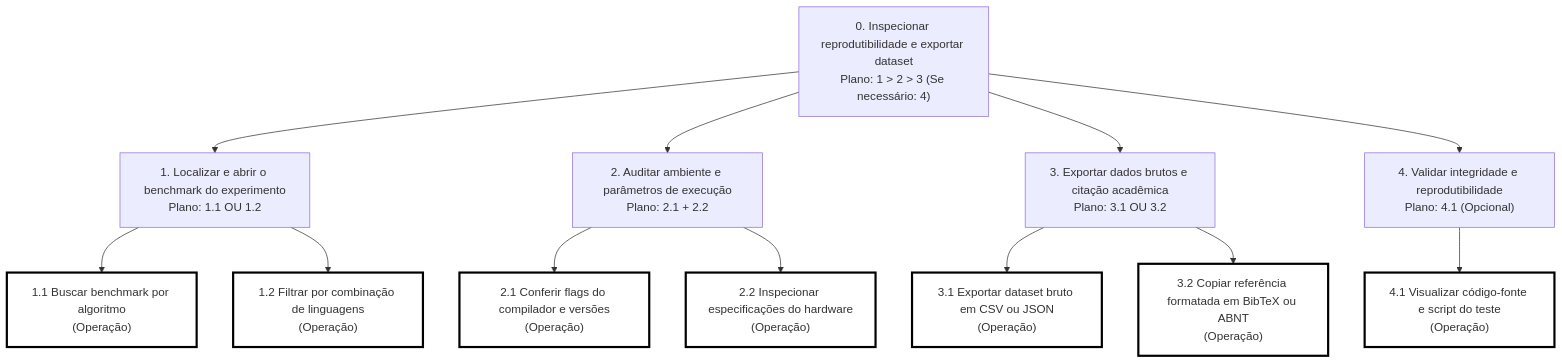
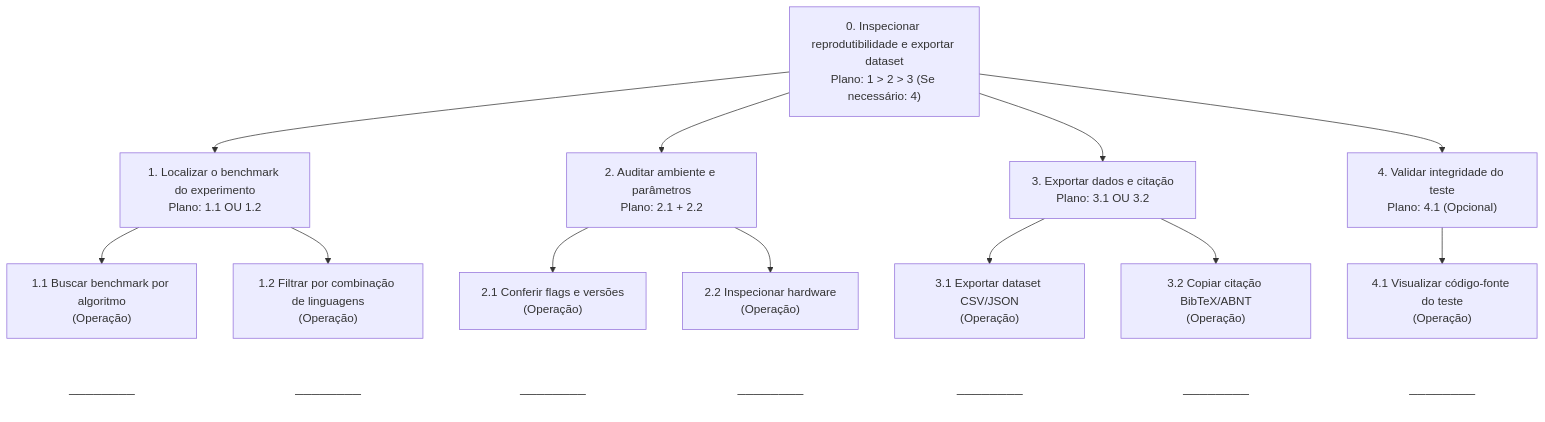
The third of 4 diagrams in docs/05_analise_tarefas.md (augustotx/ihc2026), drawn with Mermaid before and after one commit.

````diff
--- a/docs/05_analise_tarefas.md
+++ b/docs/05_analise_tarefas.md
@@ -272,28 +272,53 @@
 ```mermaid
 graph TD
     N0["0. Inspecionar reprodutibilidade e exportar dataset<br />Plano: 1 > 2 > 3 (Se necessário: 4)"]
-    N1["1. Localizar e abrir o benchmark do experimento<br />Plano: 1.1 OU 1.2"]
-    N2["2. Auditar ambiente e parâmetros de execução<br />Plano: 2.1 + 2.2"]
-    N3["3. Exportar dados brutos e citação acadêmica<br />Plano: 3.1 OU 3.2"]
-    N4["4. Validar integridade e reprodutibilidade<br />Plano: 4.1 (Opcional)"]
-    N1_1["1.1 Buscar benchmark por algoritmo<br />(Operação)"]
-    N1_2["1.2 Filtrar por combinação de linguagens<br />(Operação)"]
-    N2_1["2.1 Conferir flags do compilador e versões<br />(Operação)"]
-    N2_2["2.2 Inspecionar especificações do hardware<br />(Operação)"]
-    N3_1["3.1 Exportar dataset bruto em CSV ou JSON<br />(Operação)"]
-    N3_2["3.2 Copiar referência formatada em BibTeX ou ABNT<br />(Operação)"]
-    N4_1["4.1 Visualizar código-fonte e script do teste<br />(Operação)"]
+    N1["1. Localizar o benchmark do experimento<br />Plano: 1.1 OU 1.2"]
+    N2["2. Auditar ambiente e parâmetros<br />Plano: 2.1 + 2.2"]
+    N3["3. Exportar dados e citação<br />Plano: 3.1 OU 3.2"]
+    N4["4. Validar integridade do teste<br />Plano: 4.1 (Opcional)"]
+
+    N1_1["<div>1.1 Buscar benchmark por algoritmo<br />(Operação)</div>"]
+    N1_2["<div>1.2 Filtrar por combinação de linguagens<br />(Operação)</div>"]
+    N2_1["<div>2.1 Conferir flags e versões<br />(Operação)</div>"]
+    N2_2["<div>2.2 Inspecionar hardware<br />(Operação)</div>"]
+    N3_1["<div>3.1 Exportar dataset CSV/JSON<br />(Operação)</div>"]
+    N3_2["<div>3.2 Copiar citação BibTeX/ABNT<br />(Operação)</div>"]
+    N4_1["<div>4.1 Visualizar código-fonte do teste<br />(Operação)</div>"]
+
+    N1_1_L["────────"]
+    N1_2_L["────────"]
+    N2_1_L["────────"]
+    N2_2_L["────────"]
+    N3_1_L["────────"]
+    N3_2_L["────────"]
+    N4_1_L["────────"]
+
     N0 --> N1
     N0 --> N2
     N0 --> N3
     N0 --> N4
+
     N1 --> N1_1
     N1 --> N1_2
     N2 --> N2_1
     N2 --> N2_2
     N3 --> N3_1
     N3 --> N3_2
     N4 --> N4_1
-    classDef operacao fill:#ffffff,stroke:#000000,stroke-width:3px;
-    class N1_1,N1_2,N2_1,N2_2,N3_1,N3_2,N4_1 operacao;
+
+    N1_1 ~~~ N1_1_L
+    N1_2 ~~~ N1_2_L
+    N2_1 ~~~ N2_1_L
+    N2_2 ~~~ N2_2_L
+    N3_1 ~~~ N3_1_L
+    N3_2 ~~~ N3_2_L
+    N4_1 ~~~ N4_1_L
+
+    style N1_1_L fill:none,stroke:none,color:#333
+    style N1_2_L fill:none,stroke:none,color:#333
+    style N2_1_L fill:none,stroke:none,color:#333
+    style N2_2_L fill:none,stroke:none,color:#333
+    style N3_1_L fill:none,stroke:none,color:#333
+    style N3_2_L fill:none,stroke:none,color:#333
+    style N4_1_L fill:none,stroke:none,color:#333
 ```
````
